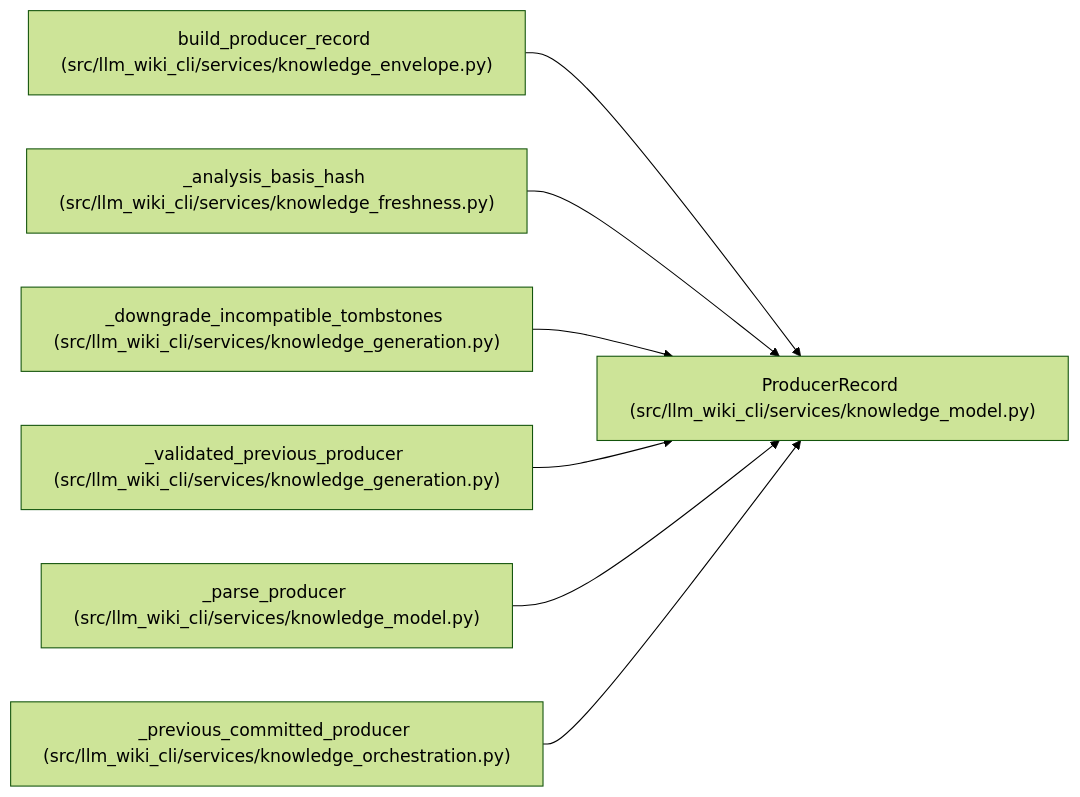
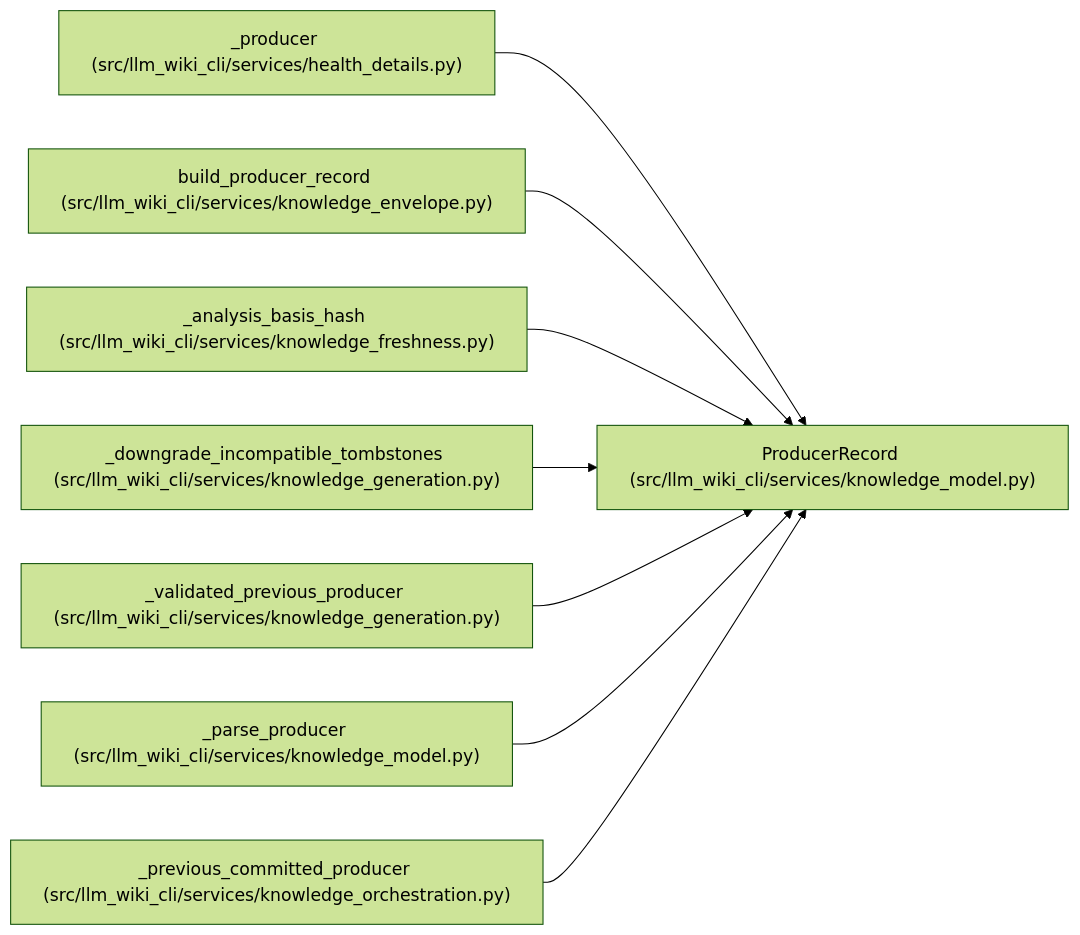
One commit to Denissvgn/python-wiki-llm changed the diagram in docs/llm_wiki/entities/ProducerRecord.md. Above: the diagram before and after it, drawn with Mermaid (forest theme). The commit also changed other lines of this file and 727 other files, not shown here.

````diff
--- a/docs/llm_wiki/entities/ProducerRecord.md
+++ b/docs/llm_wiki/entities/ProducerRecord.md
@@ -30,23 +30,26 @@
 ```mermaid
 flowchart LR
     n0["ProducerRecord (src/llm_wiki_cli/services/knowledge_model.py)"]
-    n1["build_producer_record (src/llm_wiki_cli/services/knowledge_envelope.py)"]
-    n2["_analysis_basis_hash (src/llm_wiki_cli/services/knowledge_freshness.py)"]
-    n3["_downgrade_incompatible_tombstones (src/llm_wiki_cli/services/knowledge_generation.py)"]
-    n4["_validated_previous_producer (src/llm_wiki_cli/services/knowledge_generation.py)"]
-    n5["_parse_producer (src/llm_wiki_cli/services/knowledge_model.py)"]
-    n6["_previous_committed_producer (src/llm_wiki_cli/services/knowledge_orchestration.py)"]
+    n1["_producer (src/llm_wiki_cli/services/health_details.py)"]
+    n2["build_producer_record (src/llm_wiki_cli/services/knowledge_envelope.py)"]
+    n3["_analysis_basis_hash (src/llm_wiki_cli/services/knowledge_freshness.py)"]
+    n4["_downgrade_incompatible_tombstones (src/llm_wiki_cli/services/knowledge_generation.py)"]
+    n5["_validated_previous_producer (src/llm_wiki_cli/services/knowledge_generation.py)"]
+    n6["_parse_producer (src/llm_wiki_cli/services/knowledge_model.py)"]
+    n7["_previous_committed_producer (src/llm_wiki_cli/services/knowledge_orchestration.py)"]
     n1 --> n0
     n2 --> n0
     n3 --> n0
     n4 --> n0
     n5 --> n0
     n6 --> n0
+    n7 --> n0
     click n0 "../modules/knowledge_model.md"
-    click n1 "../modules/knowledge_envelope.md"
-    click n2 "../modules/knowledge_freshness.md"
-    click n3 "../modules/knowledge_generation.md"
+    click n1 "../modules/health_details.md"
+    click n2 "../modules/knowledge_envelope.md"
+    click n3 "../modules/knowledge_freshness.md"
     click n4 "../modules/knowledge_generation.md"
-    click n5 "../modules/knowledge_model.md"
-    click n6 "../modules/knowledge_orchestration.md"
+    click n5 "../modules/knowledge_generation.md"
+    click n6 "../modules/knowledge_model.md"
+    click n7 "../modules/knowledge_orchestration.md"
 ```
````
